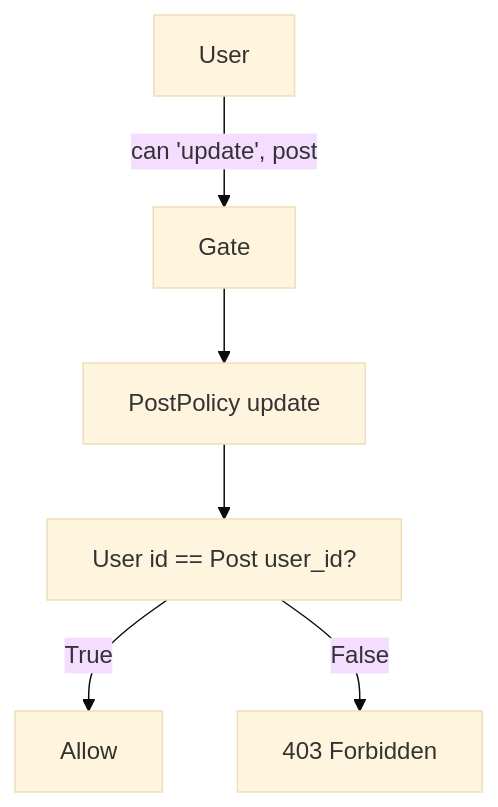
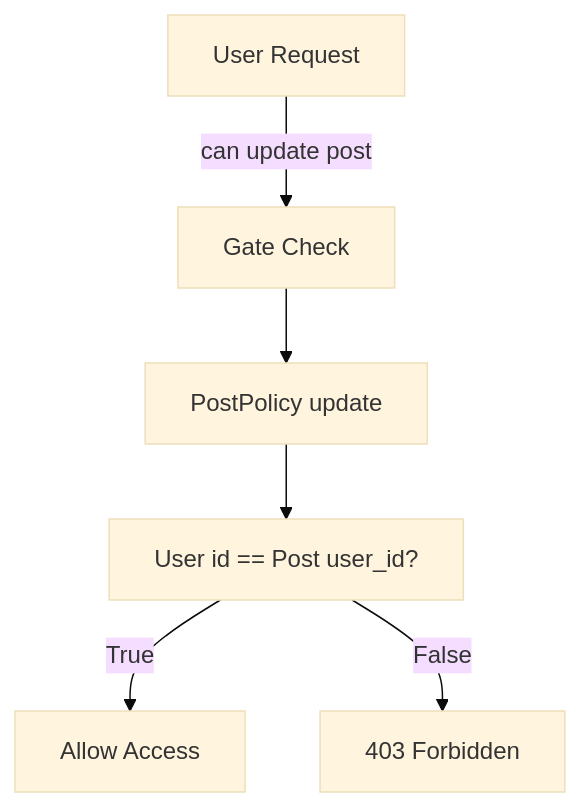
Before and after one commit to subhashladumor1/laravel-mastery-roadmap: diagram 20 of 50 in diagrams/50-comprehensive-diagrams.md, drawn with Mermaid (base theme). The commit also changed other lines of this file and 6 other files, not shown here.

First line of the commit message:
diagram rich issue

````diff
--- a/diagrams/50-comprehensive-diagrams.md
+++ b/diagrams/50-comprehensive-diagrams.md
@@ -215,8 +215,8 @@
 ```mermaid
 graph TD
-    User -->|can 'update', post| Gate
+    User[User Request] -->|can update post| Gate[Gate Check]
     Gate --> Policy[PostPolicy update]
     Policy --> Logic[User id == Post user_id?]
-    Logic -->|True| Allow
+    Logic -->|True| Allow[Allow Access]
     Logic -->|False| Deny[403 Forbidden]
 ```
````
